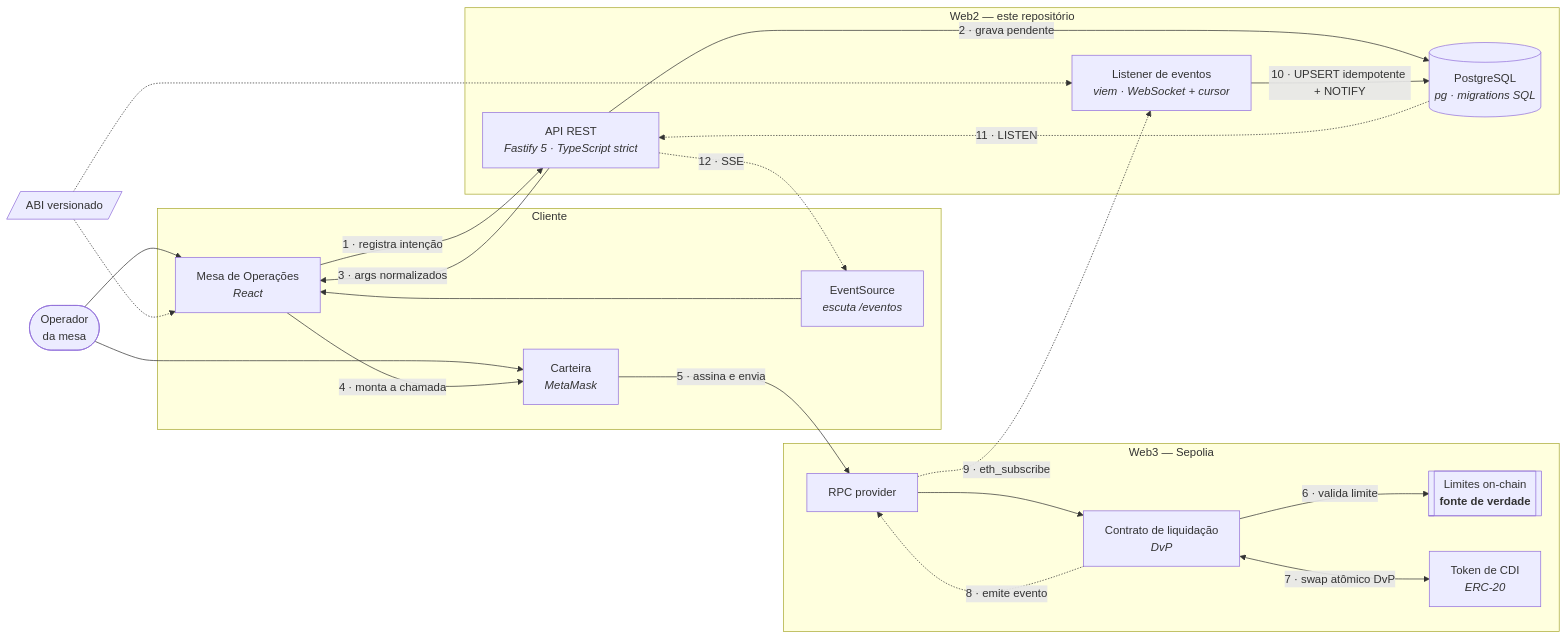
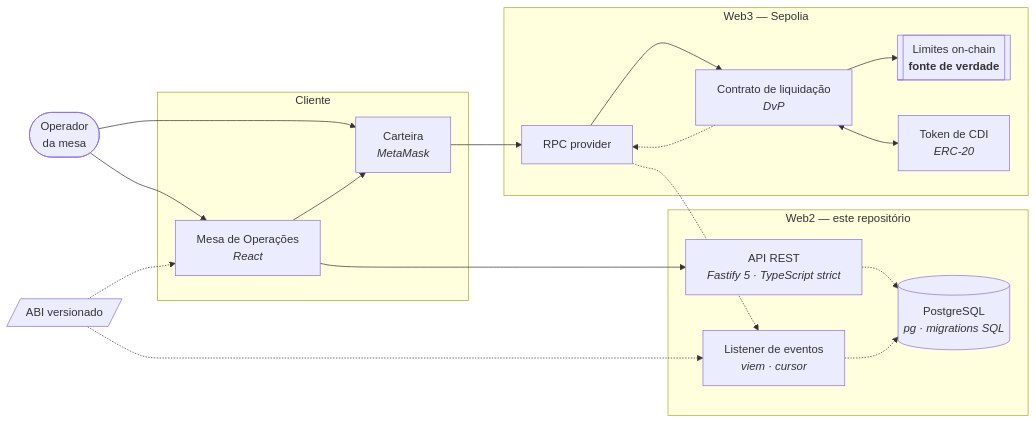
One commit to InteliBlockchain-IBC/projeto-banco-inter changed the diagram in backend/README.md. Above: the diagram before and after it, drawn with Mermaid. The commit also changed other lines of this file and 1 other file, not shown here.

````diff
--- a/backend/README.md
+++ b/backend/README.md
@@ -85,46 +94,40 @@
 ```mermaid
 flowchart LR
     OP(["Operador<br/>da mesa"])
 
     subgraph CLIENT["Cliente"]
         FE["Mesa de Operações<br/><i>React</i>"]
-        SSECLI["EventSource<br/><i>escuta /eventos</i>"]
         WALLET["Carteira<br/><i>MetaMask</i>"]
     end
 
     subgraph WEB2["Web2 — este repositório"]
         API["API REST<br/><i>Fastify 5 · TypeScript strict</i>"]
-        LIS["Listener de eventos<br/><i>viem · WebSocket + cursor</i>"]
+        LIS["Listener de eventos<br/><i>viem · cursor</i>"]
         DB[("PostgreSQL<br/><i>pg · migrations SQL</i>")]
     end
 
     subgraph WEB3["Web3 — Sepolia"]
         RPC["RPC provider"]
         DVP["Contrato de liquidação<br/><i>DvP</i>"]
         LIM[["Limites on-chain<br/><b>fonte de verdade</b>"]]
         TOKEN["Token de CDI<br/><i>ERC-20</i>"]
     end
 
     ABI[/"ABI versionado"/]
 
     OP --> FE
     OP --> WALLET
 
-    FE -->|"1 · registra intenção"| API
-    API -->|"2 · grava pendente"| DB
-    API -->|"3 · args normalizados"| FE
-    FE -->|"4 · monta a chamada"| WALLET
-    WALLET -->|"5 · assina e envia"| RPC
+    FE --> API
+    API -.-> DB
+    FE --> WALLET
+    WALLET --> RPC
     RPC --> DVP
-    DVP -->|"6 · valida limite"| LIM
-    DVP <-->|"7 · swap atômico DvP"| TOKEN
-    DVP -.->|"8 · emite evento"| RPC
-    RPC -.->|"9 · eth_subscribe"| LIS
-    LIS -->|"10 · UPSERT idempotente + NOTIFY"| DB
-    DB -.->|"11 · LISTEN"| API
-    API -.->|"12 · SSE"| SSECLI
-    SSECLI --> FE
-
+    DVP --> LIM
+    DVP <--> TOKEN
+    DVP -.-> RPC
+    RPC -.-> LIS
+    LIS -.-> DB
     ABI -.-> LIS
     ABI -.-> FE
 ```
````
